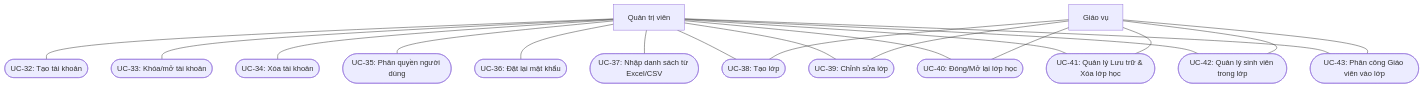
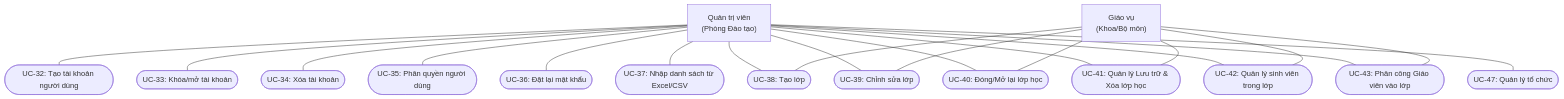
One commit to minhthuy70/ai-coding-tutor changed the fifth of 7 diagrams in docs/USE_CASE_DIAGRAMS.md. Above: the diagram before and after it, drawn with Mermaid. The commit also changed other lines of this file and 6 other files, not shown here.

````diff
--- a/docs/USE_CASE_DIAGRAMS.md
+++ b/docs/USE_CASE_DIAGRAMS.md
@@ -152,43 +146,46 @@
 ```mermaid
 flowchart TB
     %% Actors
-    Admin["Quản trị viên"]
-    Staff["Giáo vụ"]
+    QuanTriVien["Quản trị viên\n(Phòng Đào tạo)"]
+    GiaoVu["Giáo vụ\n(Khoa/Bộ môn)"]
 
     %% Quản lý người dùng
-    UC32(["UC-32: Tạo tài khoản"])
+    UC32(["UC-32: Tạo tài khoản người dùng"])
     UC33(["UC-33: Khóa/mở tài khoản"])
     UC34(["UC-34: Xóa tài khoản"])
     UC35(["UC-35: Phân quyền người dùng"])
     UC36(["UC-36: Đặt lại mật khẩu"])
     UC37(["UC-37: Nhập danh sách từ Excel/CSV"])
 
-    %% Quản lý lớp học
+    %% Quản lý lớp học & Tổ chức
     UC38(["UC-38: Tạo lớp"])
     UC39(["UC-39: Chỉnh sửa lớp"])
     UC40(["UC-40: Đóng/Mở lại lớp học"])
     UC41(["UC-41: Quản lý Lưu trữ & Xóa lớp học"])
     UC42(["UC-42: Quản lý sinh viên trong lớp"])
     UC43(["UC-43: Phân công Giáo viên vào lớp"])
+    UC47(["UC-47: Quản lý tổ chức"])
 
-    %% Associations
-    Admin --- UC32
-    Admin --- UC33
-    Admin --- UC34
-    Admin --- UC35
-    Admin --- UC36
-    Admin --- UC37
-    Admin --- UC38
-    Admin --- UC39
-    Admin --- UC40
-    Admin --- UC41
-    Admin --- UC42
-    Admin --- UC43
+    %% Associations Quản trị viên (Toàn trường)
+    QuanTriVien --- UC32
+    QuanTriVien --- UC33
+    QuanTriVien --- UC34
+    QuanTriVien --- UC35
+    QuanTriVien --- UC36
+    QuanTriVien --- UC37
+    QuanTriVien --- UC38
+    QuanTriVien --- UC39
+    QuanTriVien --- UC40
+    QuanTriVien --- UC41
+    QuanTriVien --- UC42
+    QuanTriVien --- UC43
+    QuanTriVien --- UC47
 
-    Staff --- UC38
-    Staff --- UC39
-    Staff --- UC40
-    Staff --- UC41
-    Staff --- UC42
-    Staff --- UC43
+    %% Associations Giáo vụ (Khoa/Bộ môn phụ trách)
+    GiaoVu --- UC38
+    GiaoVu --- UC39
+    GiaoVu --- UC40
+    GiaoVu --- UC41
+    GiaoVu --- UC42
+    GiaoVu --- UC43
 ```
````
